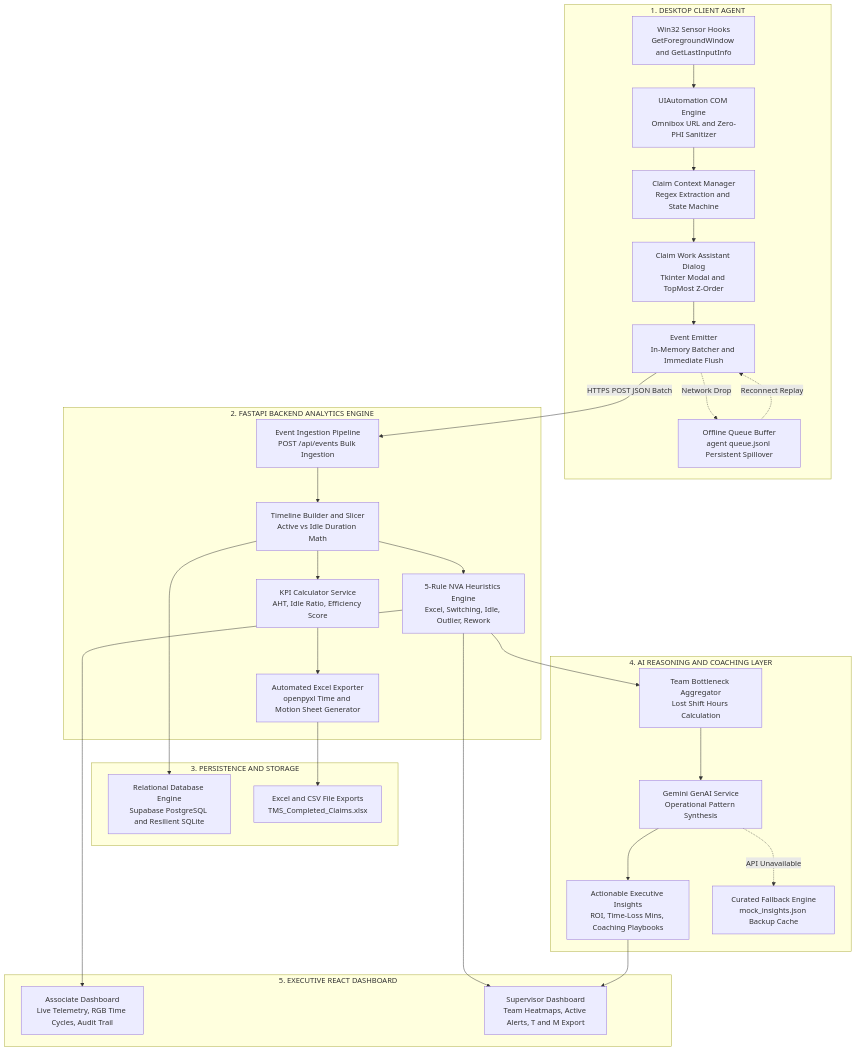
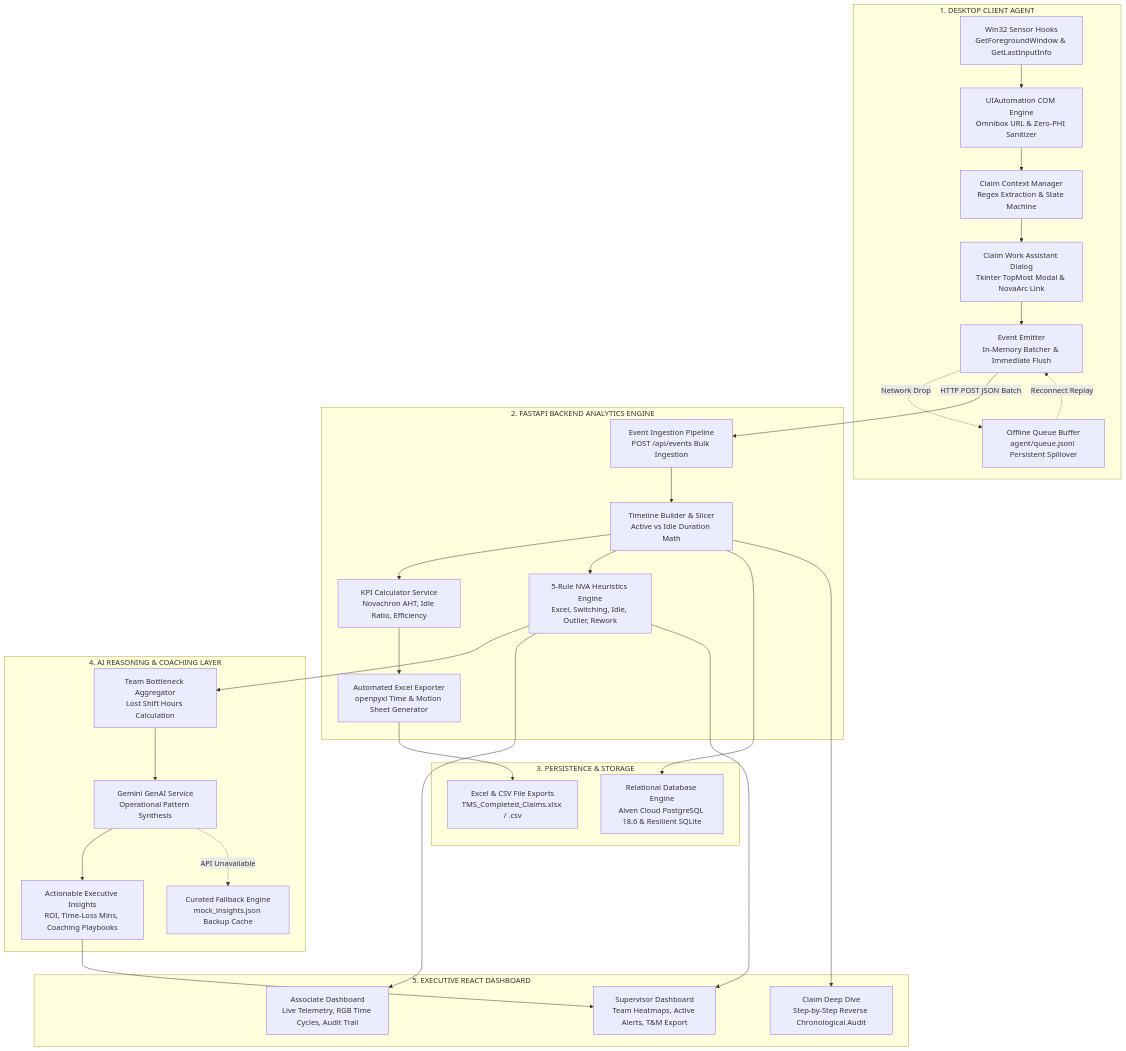
One commit to Gokul2004-ne/TMS changed the first of 2 diagrams in README.md. Above: the diagram before and after it, drawn with Mermaid. The commit also changed other lines of this file and 4 other files, not shown here.

Commit message:
docs: update ARCHITECTURE.md and README.md with comprehensive project dossier and clean up unwanted temporary files

````diff
--- a/README.md
+++ b/README.md
@@ -39,60 +39,62 @@
 ```mermaid
 flowchart TD
     subgraph ClientLayer ["1. DESKTOP CLIENT AGENT"]
-        W32["Win32 Sensor Hooks<br>GetForegroundWindow and GetLastInputInfo"]
-        UIA["UIAutomation COM Engine<br>Omnibox URL and Zero-PHI Sanitizer"]
-        CCM["Claim Context Manager<br>Regex Extraction and State Machine"]
-        DLG["Claim Work Assistant Dialog<br>Tkinter Modal and TopMost Z-Order"]
-        EMIT["Event Emitter<br>In-Memory Batcher and Immediate Flush"]
-        DISK["Offline Queue Buffer<br>agent queue.jsonl Persistent Spillover"]
+        W32["Win32 Sensor Hooks<br>GetForegroundWindow & GetLastInputInfo"]
+        UIA["UIAutomation COM Engine<br>Omnibox URL & Zero-PHI Sanitizer"]
+        CCM["Claim Context Manager<br>Regex Extraction & State Machine"]
+        DLG["Claim Work Assistant Dialog<br>Tkinter TopMost Modal & NovaArc Link"]
+        EMIT["Event Emitter<br>In-Memory Batcher & Immediate Flush"]
+        DISK["Offline Queue Buffer<br>agent/queue.jsonl Persistent Spillover"]
 
         W32 --> UIA
         UIA --> CCM
         CCM --> DLG
         DLG --> EMIT
         EMIT -.->|Network Drop| DISK
         DISK -.->|Reconnect Replay| EMIT
     end
 
     subgraph BackendLayer ["2. FASTAPI BACKEND ANALYTICS ENGINE"]
         INGEST["Event Ingestion Pipeline<br>POST /api/events Bulk Ingestion"]
-        TLB["Timeline Builder and Slicer<br>Active vs Idle Duration Math"]
-        KPI["KPI Calculator Service<br>AHT, Idle Ratio, Efficiency Score"]
+        TLB["Timeline Builder & Slicer<br>Active vs Idle Duration Math"]
+        KPI["KPI Calculator Service<br>Novachron AHT, Idle Ratio, Efficiency"]
         NVA["5-Rule NVA Heuristics Engine<br>Excel, Switching, Idle, Outlier, Rework"]
-        XLS["Automated Excel Exporter<br>openpyxl Time and Motion Sheet Generator"]
+        XLS["Automated Excel Exporter<br>openpyxl Time & Motion Sheet Generator"]
 
         INGEST --> TLB
         TLB --> KPI
         TLB --> NVA
         KPI --> XLS
     end
 
-    subgraph StorageLayer ["3. PERSISTENCE AND STORAGE"]
-        DB["Relational Database Engine<br>Supabase PostgreSQL and Resilient SQLite"]
-        XLS_FILE["Excel and CSV File Exports<br>TMS_Completed_Claims.xlsx"]
+    subgraph StorageLayer ["3. PERSISTENCE & STORAGE"]
+        DB["Relational Database Engine<br>Aiven Cloud PostgreSQL 18.6 & Resilient SQLite"]
+        XLS_FILE["Excel & CSV File Exports<br>TMS_Completed_Claims.xlsx / .csv"]
     end
 
-    subgraph AILayer ["4. AI REASONING AND COACHING LAYER"]
+    subgraph AILayer ["4. AI REASONING & COACHING LAYER"]
         AGG["Team Bottleneck Aggregator<br>Lost Shift Hours Calculation"]
         GEMINI["Gemini GenAI Service<br>Operational Pattern Synthesis"]
         INSIGHTS["Actionable Executive Insights<br>ROI, Time-Loss Mins, Coaching Playbooks"]
         FALLBACK["Curated Fallback Engine<br>mock_insights.json Backup Cache"]
 
         AGG --> GEMINI
         GEMINI --> INSIGHTS
         GEMINI -.->|API Unavailable| FALLBACK
     end
 
     subgraph DashboardLayer ["5. EXECUTIVE REACT DASHBOARD"]
         ASSOC_DASH["Associate Dashboard<br>Live Telemetry, RGB Time Cycles, Audit Trail"]
-        SUP_DASH["Supervisor Dashboard<br>Team Heatmaps, Active Alerts, T and M Export"]
+        SUP_DASH["Supervisor Dashboard<br>Team Heatmaps, Active Alerts, T&M Export"]
+        DEEP_DIVE["Claim Deep Dive<br>Step-by-Step Reverse Chronological Audit"]
     end
 
-    EMIT -->|HTTPS POST JSON Batch| INGEST
+    EMIT -->|HTTP POST JSON Batch| INGEST
     TLB --> DB
     XLS --> XLS_FILE
     NVA --> AGG
     NVA --> ASSOC_DASH
     NVA --> SUP_DASH
     INSIGHTS --> SUP_DASH
+    TLB --> DEEP_DIVE
 ```
````
